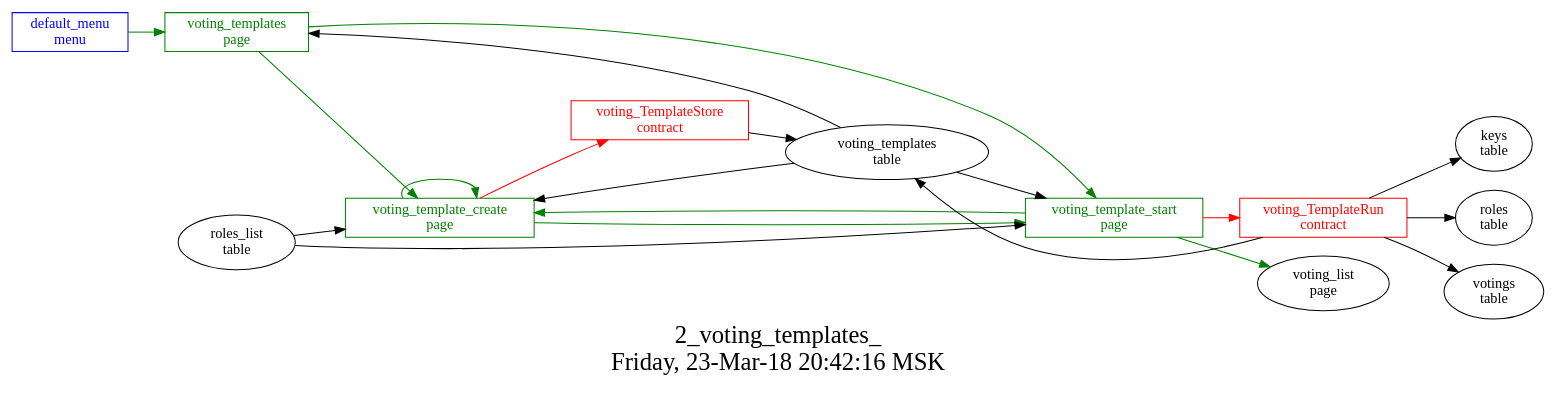
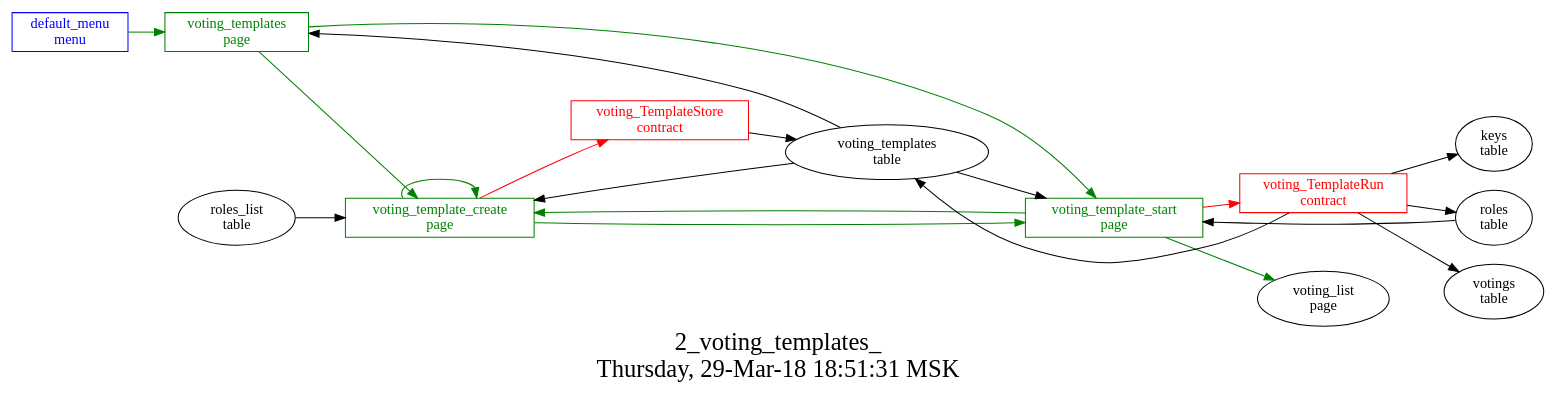
One commit to AplaProject/apps changed the diagram in src/basic/basic_main/2_voting_templates_json/struct.dot. Above: the diagram before and after it, drawn with Graphviz. The commit also changed 52 other files, not shown here.

```diff
--- a/src/basic/basic_main/2_voting_templates_json/struct.dot
+++ b/src/basic/basic_main/2_voting_templates_json/struct.dot
@@ -1,36 +1,36 @@
 digraph G {
 graph [
   fontsize="24";
-  label="2_voting_templates_\nFriday, 23-Mar-18 20:42:16 MSK";
+  label="2_voting_templates_\nThursday, 29-Mar-18 18:51:31 MSK";
   nojustify=true;
   ordering=out;
   rankdir=LR;
   size="30";
 ];
 "default_menu\nmenu" -> "voting_templates\npage"  [ color=green ]
 "default_menu\nmenu" [color=blue, fontcolor=blue, group=menus, shape=record];
 "voting_template_create\npage" -> "voting_TemplateStore\ncontract"  [ color=red ]
 "voting_templates\ntable" -> "voting_template_create\npage"  [ color="" ]
 "roles_list\ntable" -> "voting_template_create\npage"  [ color="" ]
 "voting_template_create\npage" -> "voting_template_create\npage"  [ color=green ]
 "voting_template_create\npage" -> "voting_template_start\npage"  [ color=green ]
 "voting_template_create\npage" [color=green, fontcolor=green, group=pages, shape=record];
 "voting_template_start\npage" -> "voting_TemplateRun\ncontract"  [ color=red ]
 "voting_templates\ntable" -> "voting_template_start\npage"  [ color="" ]
-"roles_list\ntable" -> "voting_template_start\npage"  [ color="" ]
+"roles\ntable" -> "voting_template_start\npage"  [ color="" ]
 "voting_template_start\npage" -> "voting_template_create\npage"  [ color=green ]
 "voting_template_start\npage" -> "voting_list\npage"  [ color=green ]
 "voting_template_start\npage" [color=green, fontcolor=green, group=pages, shape=record];
 "voting_templates\ntable" -> "voting_templates\npage"  [ color="" ]
 "voting_templates\npage" -> "voting_template_start\npage"  [ color=green ]
 "voting_templates\npage" -> "voting_template_create\npage"  [ color=green ]
 "voting_templates\npage" [color=green, fontcolor=green, group=pages, shape=record];
 "voting_TemplateRun\ncontract" -> "voting_templates\ntable"  [ color="" ]
 "voting_TemplateRun\ncontract" -> "keys\ntable"  [ color="" ]
 "voting_TemplateRun\ncontract" -> "roles\ntable"  [ color="" ]
 "voting_TemplateRun\ncontract" -> "votings\ntable"  [ color="" ]
 "voting_TemplateRun\ncontract" [color=red, fontcolor=red, group=contracts, shape=record];
 "voting_TemplateStore\ncontract" -> "voting_templates\ntable"  [ color="" ]
 "voting_TemplateStore\ncontract" [color=red, fontcolor=red, group=contracts, shape=record];
 "voting_templates\ntable" [color="", fontcolor="", group=tables, shape=""];
 }
```
